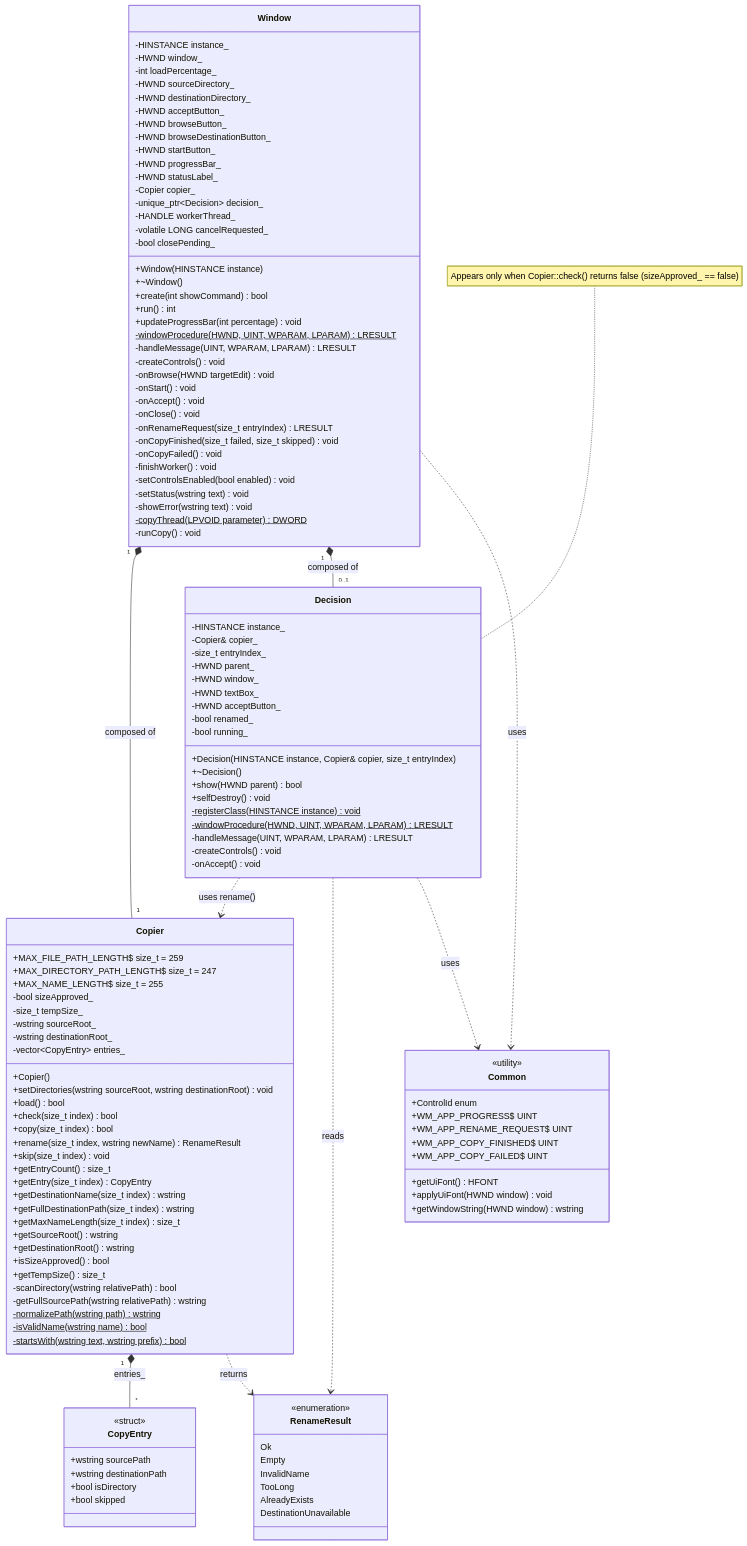
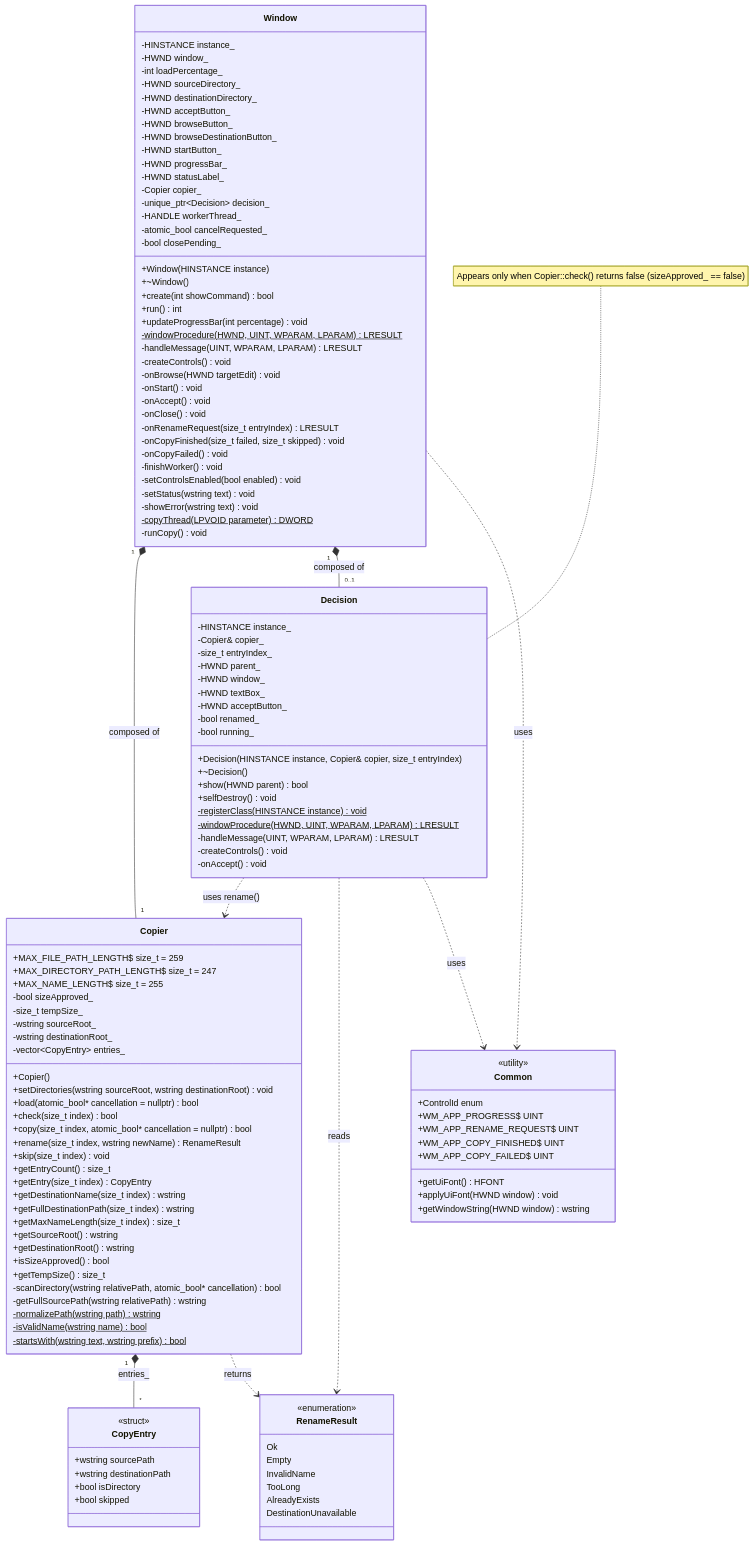
The diagram in docs/class_diagram.md (cristalmirror/fullcopy), drawn with Mermaid before and after one commit. The commit also changed other lines of this file and 6 other files, not shown here.

```diff
--- a/docs/class_diagram.md
+++ b/docs/class_diagram.md
@@ -21,7 +21,7 @@
         -Copier copier_
         -unique_ptr~Decision~ decision_
         -HANDLE workerThread_
-        -volatile LONG cancelRequested_
+        -atomic_bool cancelRequested_
         -bool closePending_
         +Window(HINSTANCE instance)
         +~Window()
@@ -78,9 +78,9 @@
         -vector~CopyEntry~ entries_
         +Copier()
         +setDirectories(wstring sourceRoot, wstring destinationRoot) void
-        +load() bool
+        +load(atomic_bool* cancellation = nullptr) bool
         +check(size_t index) bool
-        +copy(size_t index) bool
+        +copy(size_t index, atomic_bool* cancellation = nullptr) bool
         +rename(size_t index, wstring newName) RenameResult
         +skip(size_t index) void
         +getEntryCount() size_t
@@ -92,7 +92,7 @@
         +getDestinationRoot() wstring
         +isSizeApproved() bool
         +getTempSize() size_t
-        -scanDirectory(wstring relativePath) bool
+        -scanDirectory(wstring relativePath, atomic_bool* cancellation) bool
         -getFullSourcePath(wstring relativePath) wstring
         -normalizePath(wstring path)$ wstring
         -isValidName(wstring name)$ bool
```
